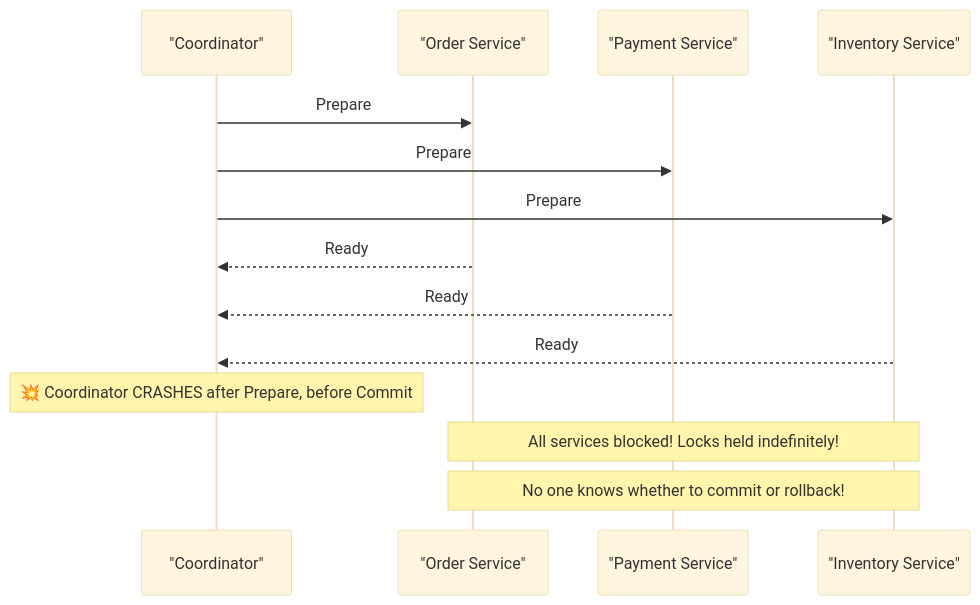
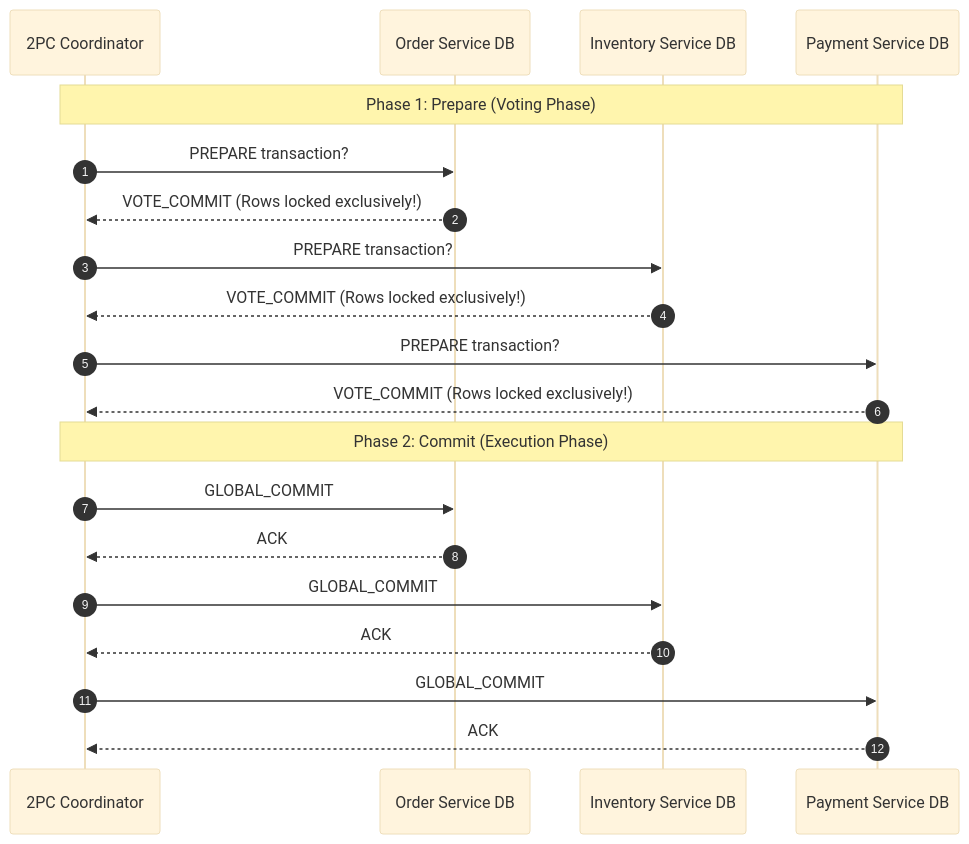
Before and after one commit to vesviet/vesviet: the second of 8 diagrams in content/series/system-design/08-saga-pattern-distributed-transactions-go.md, drawn with Mermaid (base theme). The commit also changed other lines of this file and 38 other files, not shown here.

````diff
--- a/content/series/system-design/08-saga-pattern-distributed-transactions-go.md
+++ b/content/series/system-design/08-saga-pattern-distributed-transactions-go.md
@@ -44,18 +74,24 @@
 ```mermaid
 sequenceDiagram
-    participant Coord as "Coordinator"
-    participant S1 as "Order Service"
-    participant S2 as "Payment Service"
-    participant S3 as "Inventory Service"
+    autonumber
+    participant Coord as 2PC Coordinator
+    participant S1 as Order Service DB
+    participant S2 as Inventory Service DB
+    participant S3 as Payment Service DB
 
-    Coord->>S1: Prepare
-    Coord->>S2: Prepare
-    Coord->>S3: Prepare
-    S1-->>Coord: Ready
-    S2-->>Coord: Ready
-    S3-->>Coord: Ready
+    Note over Coord,S3: Phase 1: Prepare (Voting Phase)
+    Coord->>S1: PREPARE transaction?
+    S1-->>Coord: VOTE_COMMIT (Rows locked exclusively!)
+    Coord->>S2: PREPARE transaction?
+    S2-->>Coord: VOTE_COMMIT (Rows locked exclusively!)
+    Coord->>S3: PREPARE transaction?
+    S3-->>Coord: VOTE_COMMIT (Rows locked exclusively!)
 
-    Note over Coord: 💥 Coordinator CRASHES after Prepare, before Commit
-    Note over S1,S3: All services blocked! Locks held indefinitely!
-    Note over S1,S3: No one knows whether to commit or rollback!
+    Note over Coord,S3: Phase 2: Commit (Execution Phase)
+    Coord->>S1: GLOBAL_COMMIT
+    S1-->>Coord: ACK
+    Coord->>S2: GLOBAL_COMMIT
+    S2-->>Coord: ACK
+    Coord->>S3: GLOBAL_COMMIT
+    S3-->>Coord: ACK
 ```
````
